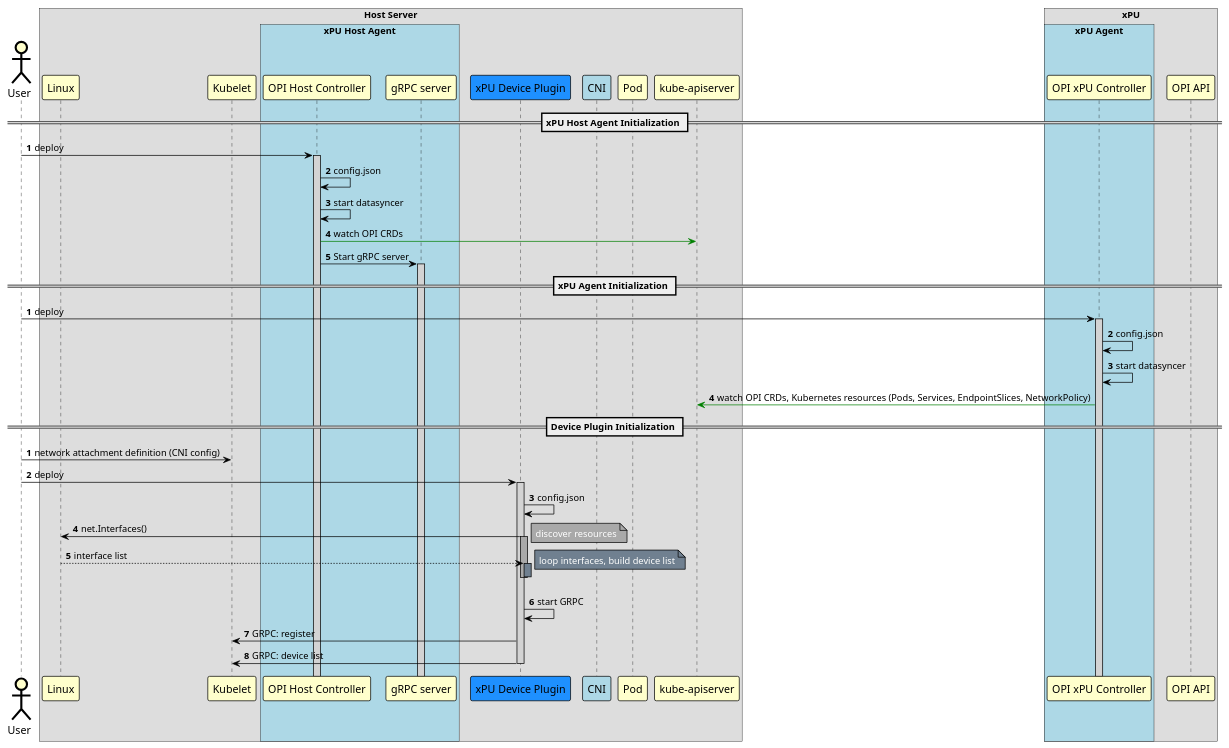
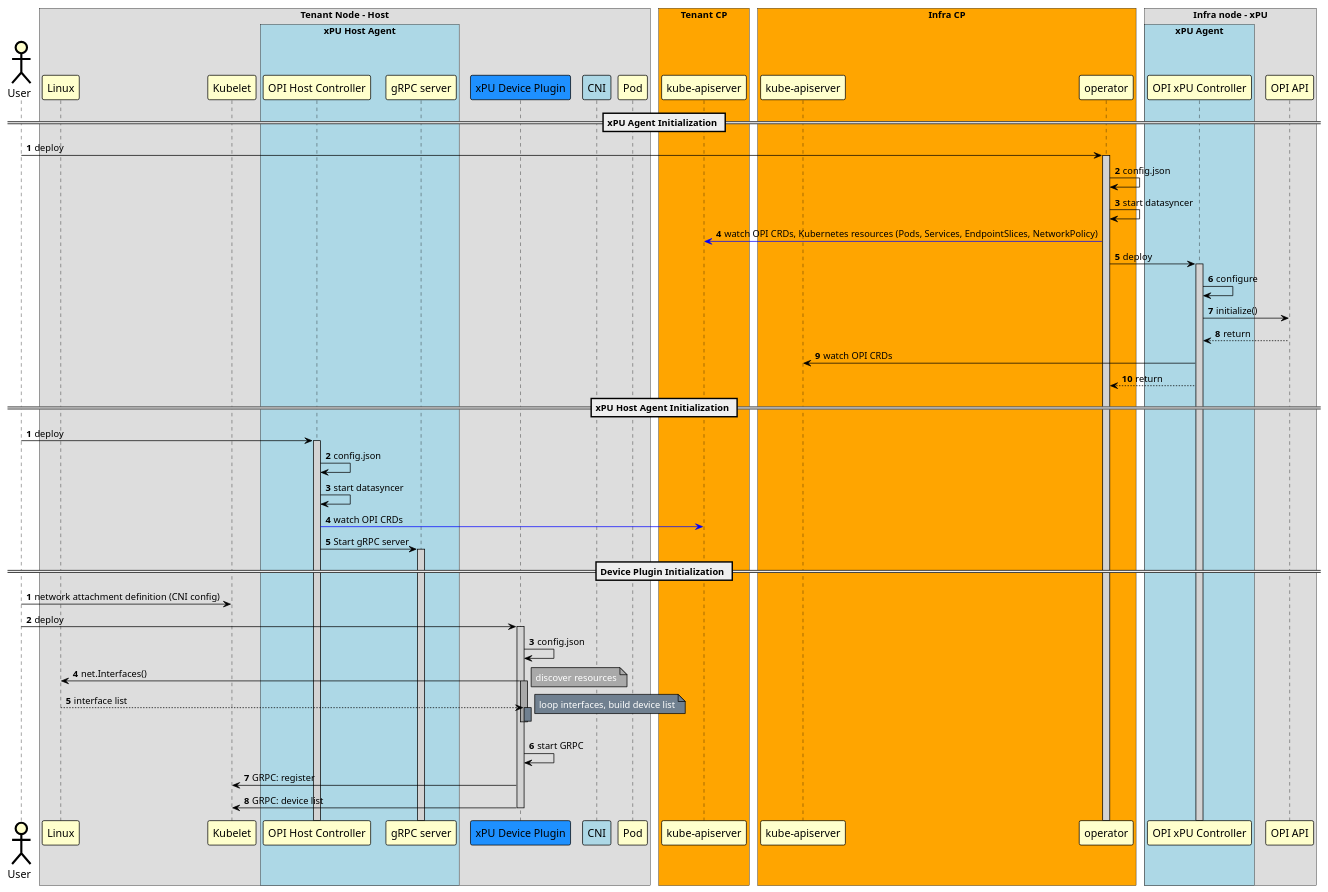
One commit to redhat-et/ekho changed the diagram in sequence-diagrams/puml/host-provisioning-xPU-VF-init.puml. Above: the diagram before and after it, drawn with PlantUML. The commit also changed 5 other files, not shown here.

Commit message:
host provisioning: update the sequence diagrams with operator

```diff
--- a/sequence-diagrams/puml/host-provisioning-xPU-VF-init.puml
+++ b/sequence-diagrams/puml/host-provisioning-xPU-VF-init.puml
@@ -1,107 +1,120 @@
 @startuml
 !pragma teoz true
 skinparam noteBorderColor Black
 skinparam noteBorderThickness 1
 skinparam noteBackgroundColor Yellow
 
 skinparam sequence {
 	BoxBorderColor Black
 	BoxFontSize 20
 
 	ArrowColor Black
 	ArrowThickness 1
 
 	ActorBorderColor Black
 	ActorBorderThickness 3
 	ActorBackgroundColor Business
 	ActorFontSize 15
 
 	ParticipantBorderColor Black
 	ParticipantBorderThickness 1
 	ParticipantBackgroundColor Business
 	ParticipantFontSize 15
 
 	LifeLineBorderColor Black
 	LifeLineBorderThickness 1
 	LifeLineBackgroundColor LightGray
 }
 
 actor "User"
-box "Host Server"
+box "Tenant Node - Host"
 	participant "Linux"
 	participant "Kubelet"
   box "xPU Host Agent" #LightBlue
          participant "OPI Host Controller"
          participant "gRPC server"
   end box
 	participant "xPU Device Plugin" #dodgerblue
 	participant "CNI" #LightBlue
 	participant "Pod"
-participant "kube-apiserver"
 end box
 
+box "Tenant CP" #Orange
+  participant "kube-apiserver" as api1
+end box
 
-== xPU Host Agent Initialization ==
+box "Infra CP" #Orange
+  participant "kube-apiserver" as api2
+  participant "operator"
+end box
 
-autonumber
-"User" -> "OPI Host Controller": deploy
-activate "OPI Host Controller"
-"OPI Host Controller" -> "OPI Host Controller": config.json
-"OPI Host Controller" -> "OPI Host Controller": start datasyncer
-"OPI Host Controller" -[#green]> "kube-apiserver": watch OPI CRDs
-"OPI Host Controller" -> "gRPC server": Start gRPC server
-activate "gRPC server"
-autonumber stop
-
-box "xPU"
+box "Infra node - xPU"
   box "xPU Agent" #LightBlue
 	participant "OPI xPU Controller"
   end box
   participant "OPI API"
 end box
 
 == xPU Agent Initialization ==
 
 autonumber
-"User" -> "OPI xPU Controller": deploy
+"User" -> "operator": deploy
+activate "operator"
+"operator" -> "operator": config.json
+"operator" -> "operator": start datasyncer
+"operator" -[#blue]> api1  : watch OPI CRDs, Kubernetes resources (Pods, Services, EndpointSlices, NetworkPolicy)
+"operator" -> "OPI xPU Controller": deploy
 activate "OPI xPU Controller"
-"OPI xPU Controller" -> "OPI xPU Controller": config.json
-"OPI xPU Controller" -> "OPI xPU Controller": start datasyncer
-"OPI xPU Controller" -[#green]> "kube-apiserver"  : watch OPI CRDs, Kubernetes resources (Pods, Services, EndpointSlices, NetworkPolicy)
+"OPI xPU Controller" -> "OPI xPU Controller": configure
+"OPI xPU Controller" -> "OPI API": initialize()
+"OPI API" --> "OPI xPU Controller": return
+"OPI xPU Controller" -> api2: watch OPI CRDs
+"OPI xPU Controller" --> "operator": return
 autonumber stop
 
+== xPU Host Agent Initialization ==
+
+autonumber
+"User" -> "OPI Host Controller": deploy
+activate "OPI Host Controller"
+"OPI Host Controller" -> "OPI Host Controller": config.json
+"OPI Host Controller" -> "OPI Host Controller": start datasyncer
+"OPI Host Controller" -[#blue]> api1: watch OPI CRDs
+"OPI Host Controller" -> "gRPC server": Start gRPC server
+activate "gRPC server"
+autonumber stop
 
 == Device Plugin Initialization ==
 autonumber
 
 "User" -> "Kubelet": network attachment definition (CNI config)
 "User" -> "xPU Device Plugin": deploy
 activate "xPU Device Plugin"
 
 "xPU Device Plugin" -> "xPU Device Plugin": config.json
 
 "xPU Device Plugin" -> "Linux": net.Interfaces()
 
 activate "xPU Device Plugin" #DarkGray
 note right #DarkGray: <color #White>discover resources</color>
 
 "Linux" --> "xPU Device Plugin": interface list
 
 activate "xPU Device Plugin" #SlateGray
 note right #SlateGray: <color #White>loop interfaces, build device list</color>
 
 deactivate "xPU Device Plugin"
 
 autonumber stop
 "xPU Device Plugin" [hidden]-> "xPU Device Plugin"
 autonumber resume
 
 deactivate "xPU Device Plugin"
 
 "xPU Device Plugin" -> "xPU Device Plugin": start GRPC
 "xPU Device Plugin" -> "Kubelet": GRPC: register
 "xPU Device Plugin" -> "Kubelet": GRPC: device list
 
 deactivate "xPU Device Plugin"
 
 @enduml
```
